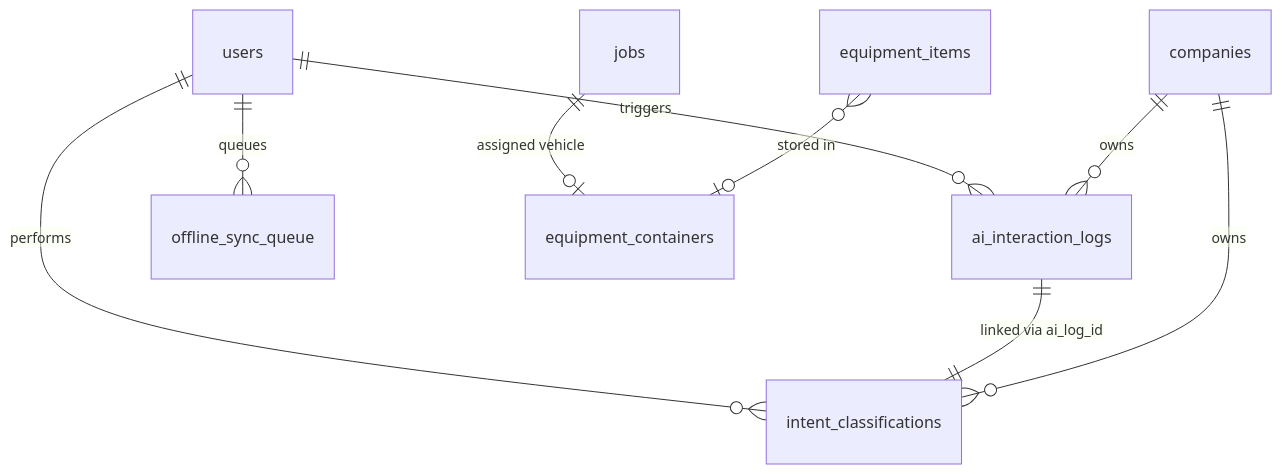
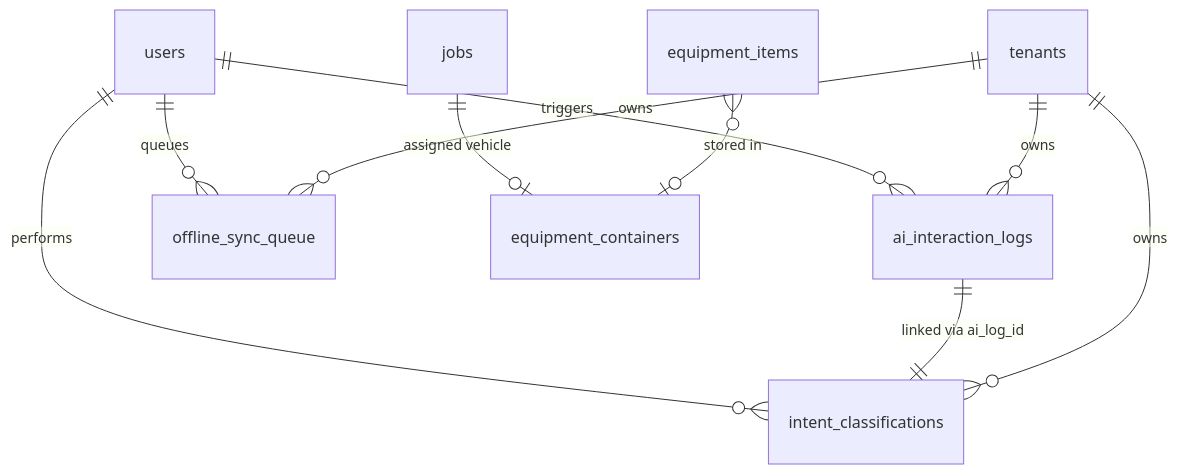
The diagram in specs/007-mvp-intent-driven/data-model.md (etzlertech/jobeye), drawn with Mermaid before and after one commit. The commit also changed other lines of this file and 5 other files, not shown here.

````diff
--- a/specs/007-mvp-intent-driven/data-model.md
+++ b/specs/007-mvp-intent-driven/data-model.md
@@ -126,14 +127,15 @@
 ```mermaid
 erDiagram
     users ||--o{ ai_interaction_logs : triggers
     users ||--o{ intent_classifications : performs
     users ||--o{ offline_sync_queue : queues
     
     ai_interaction_logs ||--|| intent_classifications : "linked via ai_log_id"
     
     jobs ||--o| equipment_containers : "assigned vehicle"
     equipment_items }o--o| equipment_containers : "stored in"
     
-    companies ||--o{ ai_interaction_logs : owns
-    companies ||--o{ intent_classifications : owns
+    tenants ||--o{ ai_interaction_logs : owns
+    tenants ||--o{ intent_classifications : owns
+    tenants ||--o{ offline_sync_queue : owns
 ```
````
